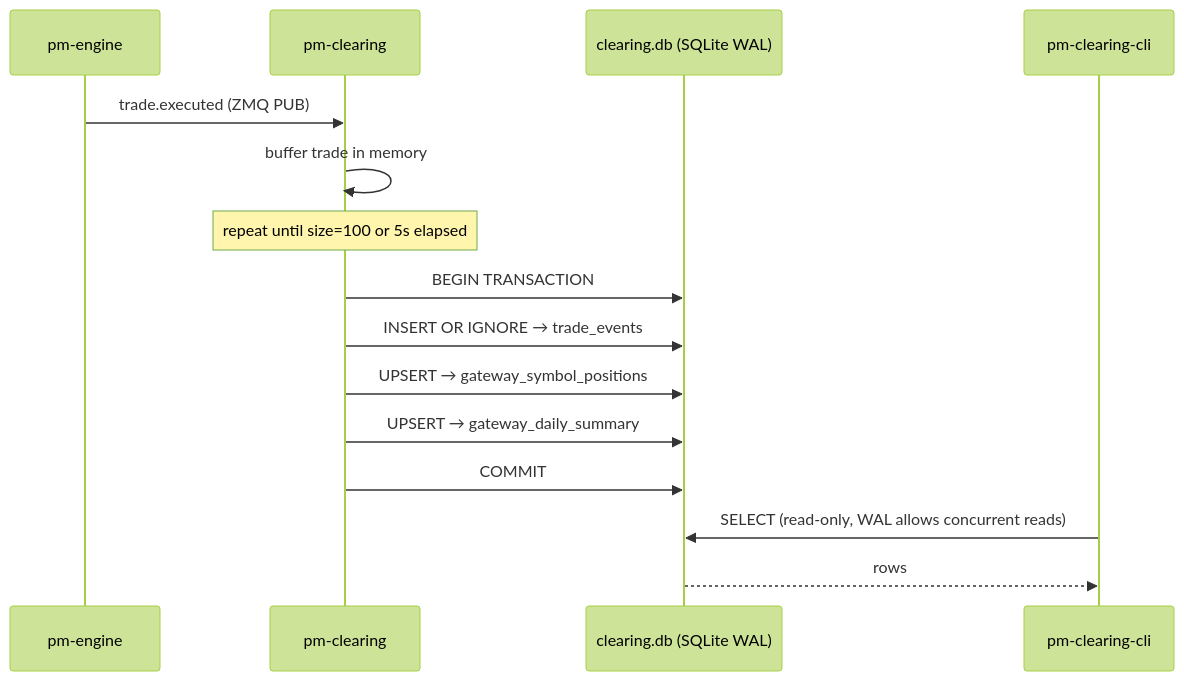
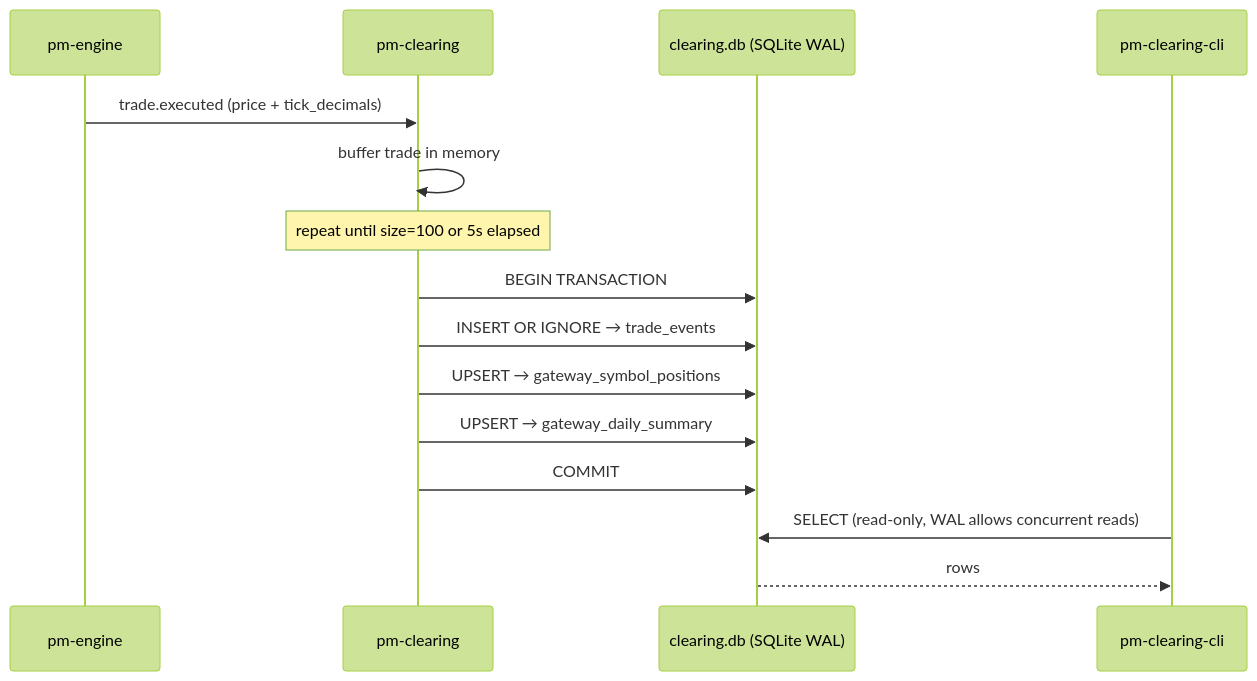
Before and after one commit to johan162/EduMatcher: the first of 2 diagrams in docs/user-guide/07-pnl-clearing.md, drawn with Mermaid (forest theme). The commit also changed other lines of this file and 10 other files, not shown here.

Commit message:
Added `tick_decimals` field in `trade.executed` message so clients can adjust display price correctly wihout having to read the symbol config. Also updated all corresponding documentation. pm-clearin-cli makes use of this information.

````diff
--- a/docs/user-guide/07-pnl-clearing.md
+++ b/docs/user-guide/07-pnl-clearing.md
@@ -48,19 +48,19 @@
 ```mermaid
 sequenceDiagram
     participant E  as pm-engine
     participant C  as pm-clearing
     participant DB as clearing.db (SQLite WAL)
     participant Q  as pm-clearing-cli
 
-    E->>C: trade.executed (ZMQ PUB)
+    E->>C: trade.executed (price + tick_decimals)
     C->>C: buffer trade in memory
     note over C: repeat until size=100 or 5s elapsed
     C->>DB: BEGIN TRANSACTION
     C->>DB: INSERT OR IGNORE → trade_events
     C->>DB: UPSERT → gateway_symbol_positions
     C->>DB: UPSERT → gateway_daily_summary
     C->>DB: COMMIT
 
     Q->>DB: SELECT (read-only, WAL allows concurrent reads)
     DB-->>Q: rows
 ```
````
